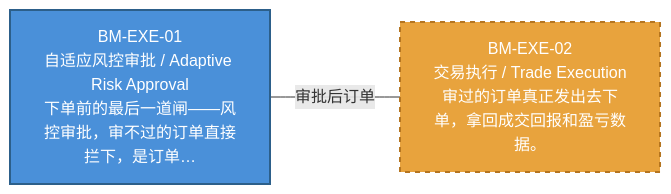
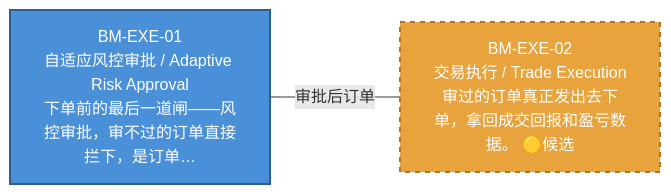
One commit to xuanFelixVan/ZephyrAlpha changed the diagram in docs/02_enterprise_architecture/07_trading_decision_architecture/battle_map/battle_map_05_execution.md. Above: the diagram before and after it, drawn with Mermaid. The commit also changed other lines of this file and 6 other files, not shown here.

````diff
--- a/docs/02_enterprise_architecture/07_trading_decision_architecture/battle_map/battle_map_05_execution.md
+++ b/docs/02_enterprise_architecture/07_trading_decision_architecture/battle_map/battle_map_05_execution.md
@@ -15,12 +15,12 @@
 ```mermaid
 %% 执行阶段图
 flowchart LR
     BM_EXE_01["BM-EXE-01\n自适应风控审批 / Adaptive Risk Approval\n下单前的最后一道闸——风控审批，审不过的订单直接拦下，是订单…"]:::production
-    BM_EXE_02["BM-EXE-02\n交易执行 / Trade Execution\n审过的订单真正发出去下单，拿回成交回报和盈亏数据。"]:::design
+    BM_EXE_02["BM-EXE-02\n交易执行 / Trade Execution\n审过的订单真正发出去下单，拿回成交回报和盈亏数据。 🟡候选"]:::design
     BM_EXE_01 --- |审批后订单| BM_EXE_02
 classDef production fill:#4A90D9,stroke:#2C5F8A,color:#fff,stroke-width:2px;
 classDef design fill:#E8A33D,stroke:#B57520,color:#fff,stroke-width:2px,stroke-dasharray: 5 5;
 classDef deprecated fill:#D93636,stroke:#A02020,color:#fff,stroke-width:2px;
 classDef missing fill:#BBBBBB,stroke:#888888,color:#fff,stroke-width:2px;
 classDef candidate fill:#F4D03F,stroke:#B7950B,color:#000,stroke-width:2px;
 ```
````
